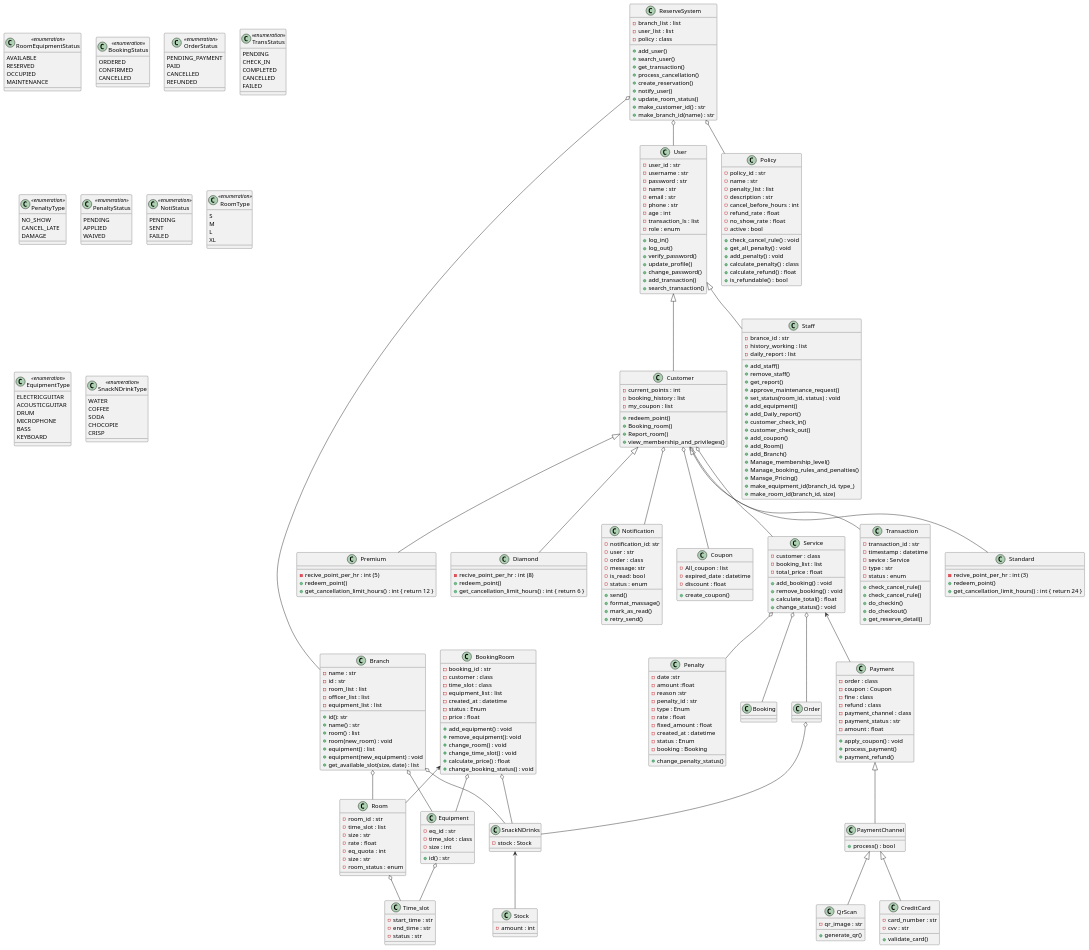
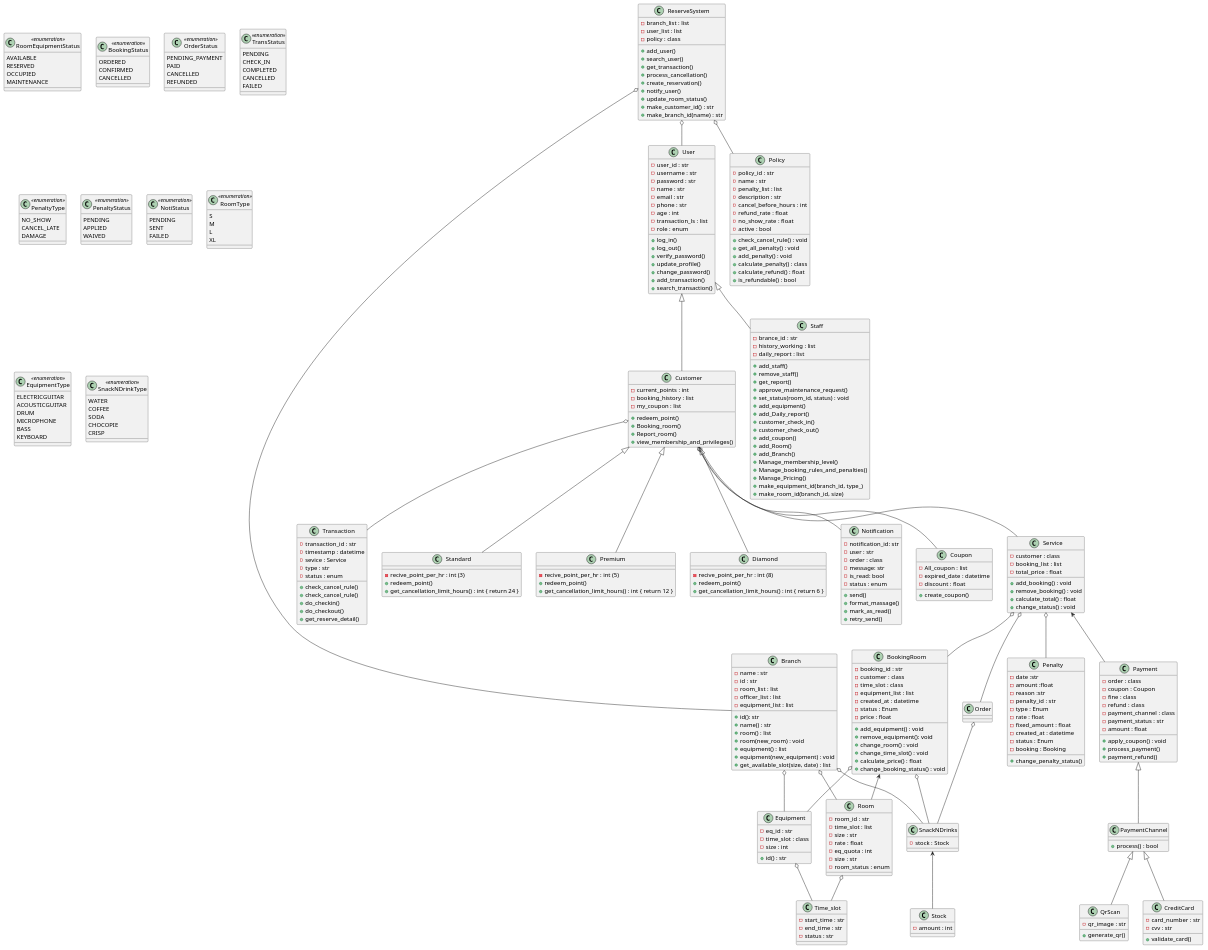
The diagram in diagram/class_diagram.puml (pjngth998/RhythmReserve), drawn with PlantUML before and after one commit.

Commit message:
change name of booking

```diff
--- a/diagram/class_diagram.puml
+++ b/diagram/class_diagram.puml
@@ -357,7 +357,7 @@
 Room o-- Time_slot
 Equipment o-- Time_slot
 Customer o-- Service
-Service o-- Booking
+Service o-- BookingRoom
 Customer o-- Transaction
 Customer o-- Notification
 Service <-- Payment
```
